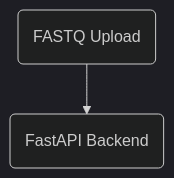
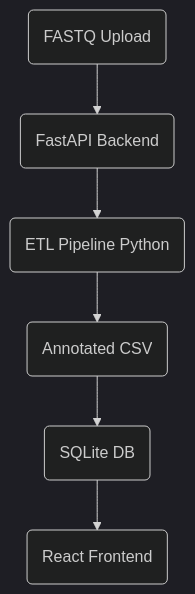
The second of 4 diagrams in README.md (justin-mbca/genomic-etl-app), drawn with Mermaid (dark theme) before and after one commit.

Commit message:
fix mermaid diagram

````diff
--- a/README.md
+++ b/README.md
@@ -20,4 +20,8 @@
 ```mermaid
 graph TD
     A(FASTQ Upload) --> B(FastAPI Backend)
+    B --> C(ETL Pipeline Python)
+    C --> D(Annotated CSV)
+    D --> E(SQLite DB)
+    E --> F(React Frontend)
 ```
````
